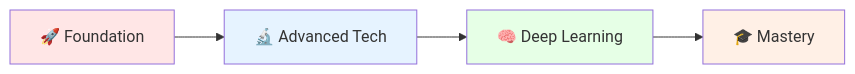
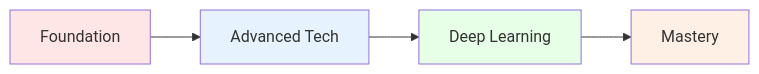
One commit to Robbyswimmer/CBU-CSC422 changed the diagram in README.md. Above: the diagram before and after it, drawn with Mermaid. The commit also changed other lines of this file, not shown here.

````diff
--- a/README.md
+++ b/README.md
@@ -269,9 +269,9 @@
 ```mermaid
 graph LR
-    A[🚀 Foundation] --> B[🔬 Advanced Tech] --> C[🧠 Deep Learning] --> D[🎓 Mastery]
+    A[Foundation] --> B[Advanced Tech] --> C[Deep Learning] --> D[Mastery]
     
     style A fill:#FFE6E6
     style B fill:#E6F3FF
     style C fill:#E6FFE6
     style D fill:#FFF0E6
 ```
````
